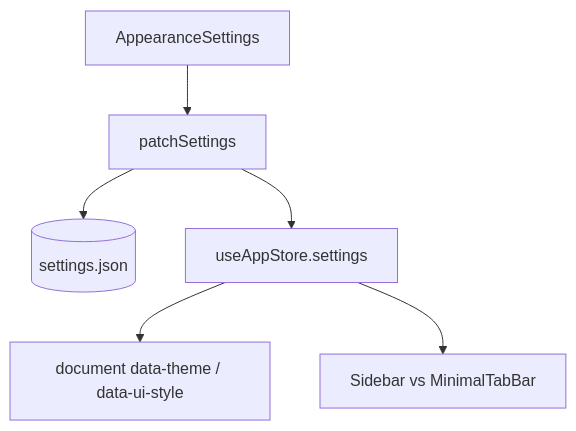
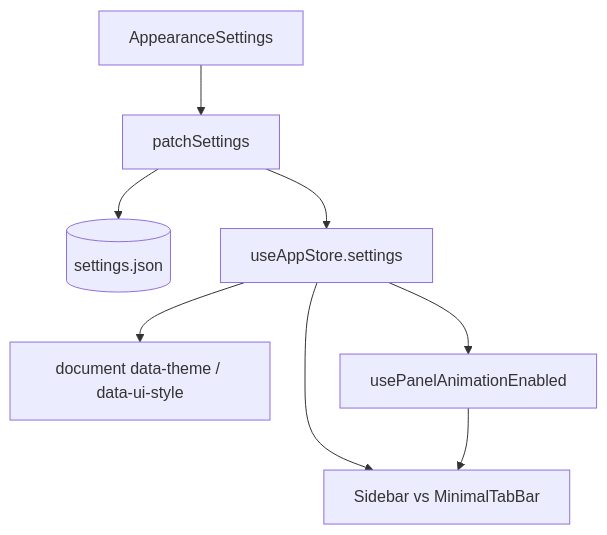
Before and after one commit to Landers1037/NioZy: the first of 3 diagrams in docs/功能外观与布局.md, drawn with Mermaid. The commit also changed other lines of this file and 17 other files, not shown here.

First line of the commit message:
feat(ui): add motion panel transitions and update layout docs

````diff
--- a/docs/功能外观与布局.md
+++ b/docs/功能外观与布局.md
@@ -34,14 +40,17 @@
 ```mermaid
 flowchart TB
   Settings["AppearanceSettings"]
   Patch["patchSettings"]
   Disk[("settings.json")]
   Store["useAppStore.settings"]
   DOM["document data-theme / data-ui-style"]
   Layout["Sidebar vs MinimalTabBar"]
+  Anim["usePanelAnimationEnabled"]
 
   Settings --> Patch --> Disk
   Patch --> Store
   Store --> DOM
   Store --> Layout
+  Store --> Anim
+  Anim --> Layout
 ```
````
